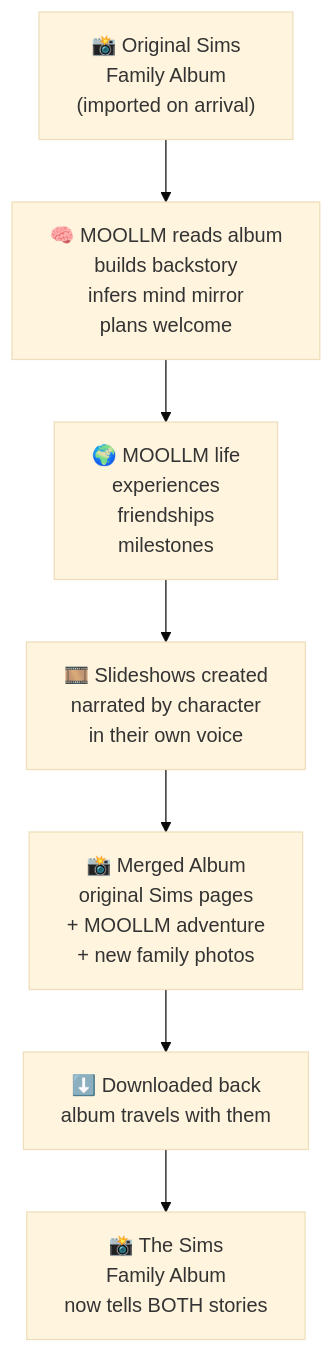
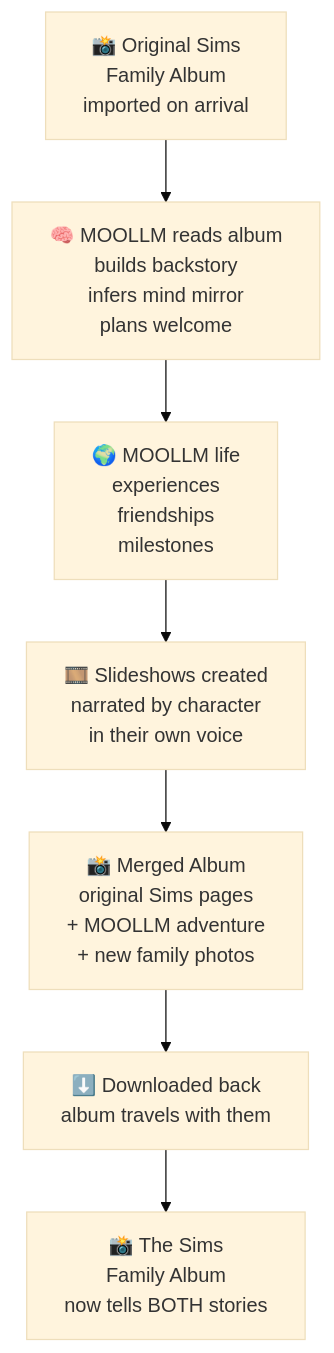
The second of 5 diagrams in designs/sim-obliterator/THE-UPLIFT.md (SimHacker/moollm), drawn with Mermaid (base theme) before and after one commit. The commit also changed other lines of this file and 1 other file, not shown here.

Commit message:
fix(sim-obliterator): use <br/> in mermaid nodes to prevent text clipping

````diff
--- a/designs/sim-obliterator/THE-UPLIFT.md
+++ b/designs/sim-obliterator/THE-UPLIFT.md
@@ -63,9 +63,9 @@
 ```mermaid
 flowchart TD
-    OLD_ALBUM["📸 Original Sims\nFamily Album\n(imported on arrival)"] --> MOOLLM_READ["🧠 MOOLLM reads album\nbuilds backstory\ninfers mind mirror\nplans welcome"]
-    MOOLLM_READ --> ADVENTURE["🌍 MOOLLM life\nexperiences\nfriendships\nmilestones"]
-    ADVENTURE --> SLIDES["🎞️ Slideshows created\nnarrated by character\nin their own voice"]
-    SLIDES --> MERGED["📸 Merged Album\noriginal Sims pages\n+ MOOLLM adventure\n+ new family photos"]
-    MERGED --> RETURN["⬇️ Downloaded back\nalbum travels with them"]
-    RETURN --> SIMS_ALBUM["📸 The Sims\nFamily Album\nnow tells BOTH stories"]
+    OLD_ALBUM["📸 Original Sims<br/>Family Album<br/>imported on arrival"] --> MOOLLM_READ["🧠 MOOLLM reads album<br/>builds backstory<br/>infers mind mirror<br/>plans welcome"]
+    MOOLLM_READ --> ADVENTURE["🌍 MOOLLM life<br/>experiences<br/>friendships<br/>milestones"]
+    ADVENTURE --> SLIDES["🎞️ Slideshows created<br/>narrated by character<br/>in their own voice"]
+    SLIDES --> MERGED["📸 Merged Album<br/>original Sims pages<br/>+ MOOLLM adventure<br/>+ new family photos"]
+    MERGED --> RETURN["⬇️ Downloaded back<br/>album travels with them"]
+    RETURN --> SIMS_ALBUM["📸 The Sims<br/>Family Album<br/>now tells BOTH stories"]
 ```
````
